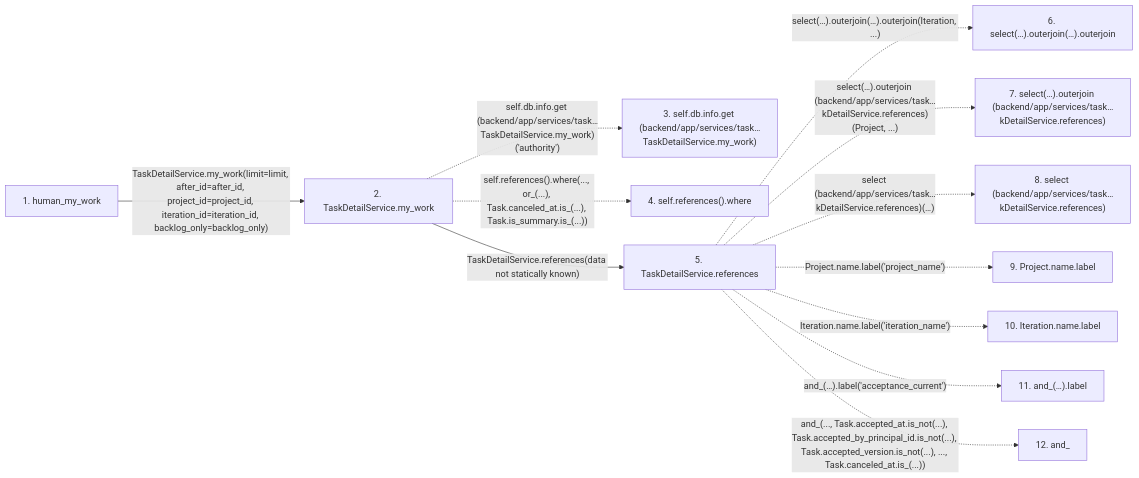
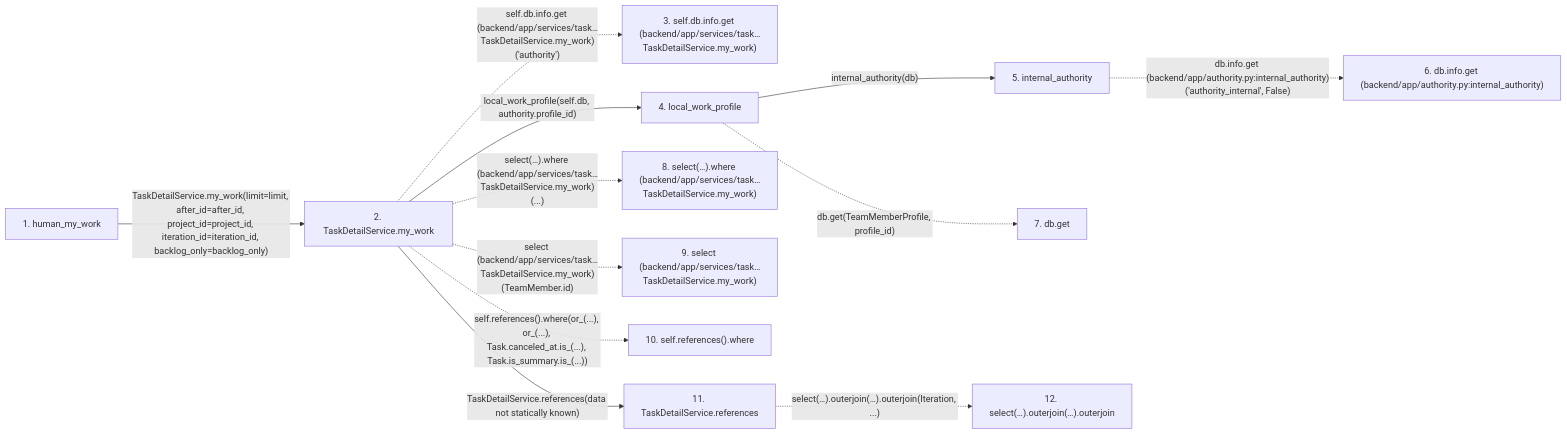
The second of 2 diagrams in docs/llm_wiki/flows/http-human_my_work.md (Denissvgn/WorkChord), drawn with Mermaid before and after one commit. The commit also changed other lines of this file and 642 other files, not shown here.

Commit message:
docs(wiki): refresh for the local work profile

````diff
--- a/docs/llm_wiki/flows/http-human_my_work.md
+++ b/docs/llm_wiki/flows/http-human_my_work.md
@@ -151,29 +152,31 @@
 ```mermaid
 flowchart LR
     s1["1. human_my_work"]
     s2["2. TaskDetailService.my_work"]
     s3["3. self.db.info.get (backend/app/services/task…TaskDetailService.my_work)"]
-    s4["4. self.references().where"]
-    s5["5. TaskDetailService.references"]
-    s6["6. select(…).outerjoin(…).outerjoin"]
-    s7["7. select(…).outerjoin (backend/app/services/task…kDetailService.references)"]
-    s8["8. select (backend/app/services/task…kDetailService.references)"]
-    s9["9. Project.name.label"]
-    s10["10. Iteration.name.label"]
-    s11["11. and_(…).label"]
-    s12["12. and_"]
+    s4["4. local_work_profile"]
+    s5["5. internal_authority"]
+    s6["6. db.info.get (backend/app/authority.py:internal_authority)"]
+    s7["7. db.get"]
+    s8["8. select(…).where (backend/app/services/task…TaskDetailService.my_work)"]
+    s9["9. select (backend/app/services/task…TaskDetailService.my_work)"]
+    s10["10. self.references().where"]
+    s11["11. TaskDetailService.references"]
+    s12["12. select(…).outerjoin(…).outerjoin"]
     s1 -->|"TaskDetailService.my_work(limit=limit, after_id=after_id, project_id=project_id, iteration_id=iteration_id, backlog_only=backlog_only)"| s2
     s2 -. "self.db.info.get (backend/app/services/task…TaskDetailService.my_work)('authority')" .-> s3
-    s2 -. "self.references().where(..., or_(...), Task.canceled_at.is_(...), Task.is_summary.is_(...))" .-> s4
-    s2 -->|"TaskDetailService.references(data not statically known)"| s5
-    s5 -. "select(…).outerjoin(…).outerjoin(Iteration, ...)" .-> s6
-    s5 -. "select(…).outerjoin (backend/app/services/task…kDetailService.references)(Project, ...)" .-> s7
-    s5 -. "select (backend/app/services/task…kDetailService.references)(…)" .-> s8
-    s5 -. "Project.name.label('project_name')" .-> s9
-    s5 -. "Iteration.name.label('iteration_name')" .-> s10
-    s5 -. "and_(…).label('acceptance_current')" .-> s11
-    s5 -. "and_(..., Task.accepted_at.is_not(...), Task.accepted_by_principal_id.is_not(...), Task.accepted_version.is_not(...), ..., Task.canceled_at.is_(...))" .-> s12
+    s2 -->|"local_work_profile(self.db, authority.profile_id)"| s4
+    s4 -->|"internal_authority(db)"| s5
+    s5 -. "db.info.get (backend/app/authority.py:internal_authority)('authority_internal', False)" .-> s6
+    s4 -. "db.get(TeamMemberProfile, profile_id)" .-> s7
+    s2 -. "select(…).where (backend/app/services/task…TaskDetailService.my_work)(...)" .-> s8
+    s2 -. "select (backend/app/services/task…TaskDetailService.my_work)(TeamMember.id)" .-> s9
+    s2 -. "self.references().where(or_(...), or_(...), Task.canceled_at.is_(...), Task.is_summary.is_(...))" .-> s10
+    s2 -->|"TaskDetailService.references(data not statically known)"| s11
+    s11 -. "select(…).outerjoin(…).outerjoin(Iteration, ...)" .-> s12
     click s1 "../modules/routers_task_domain.md"
     click s2 "../modules/task_detail_service.md"
-    click s5 "../modules/task_detail_service.md"
+    click s4 "../modules/identity_service.md"
+    click s5 "../modules/authority.md"
+    click s11 "../modules/task_detail_service.md"
 ```
````
